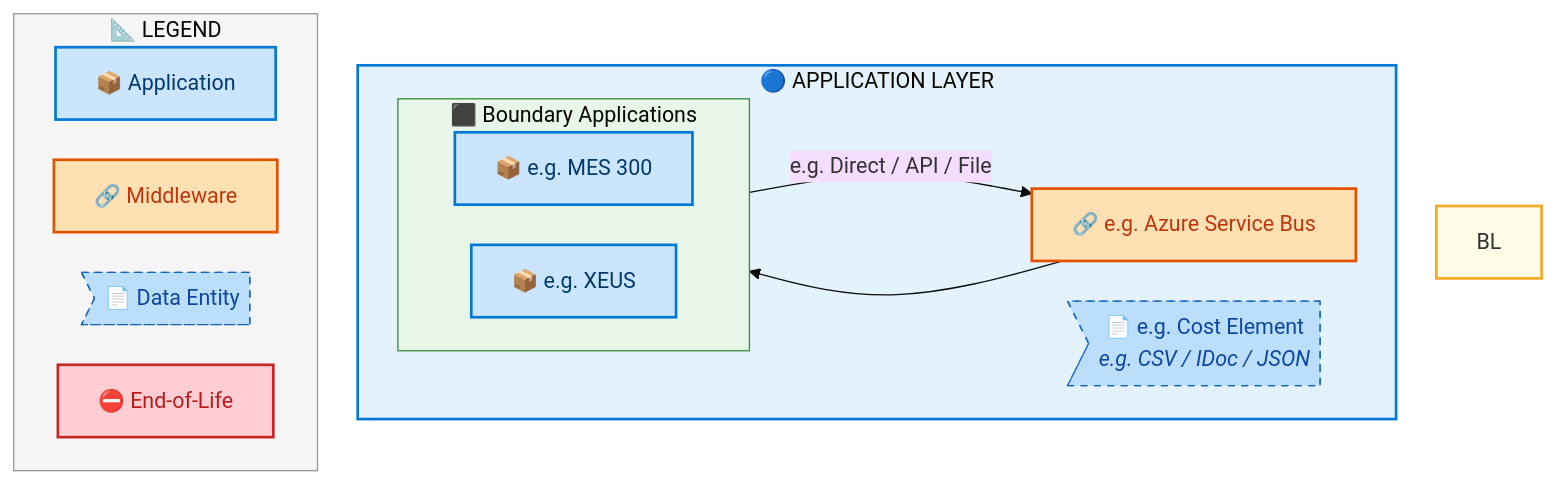
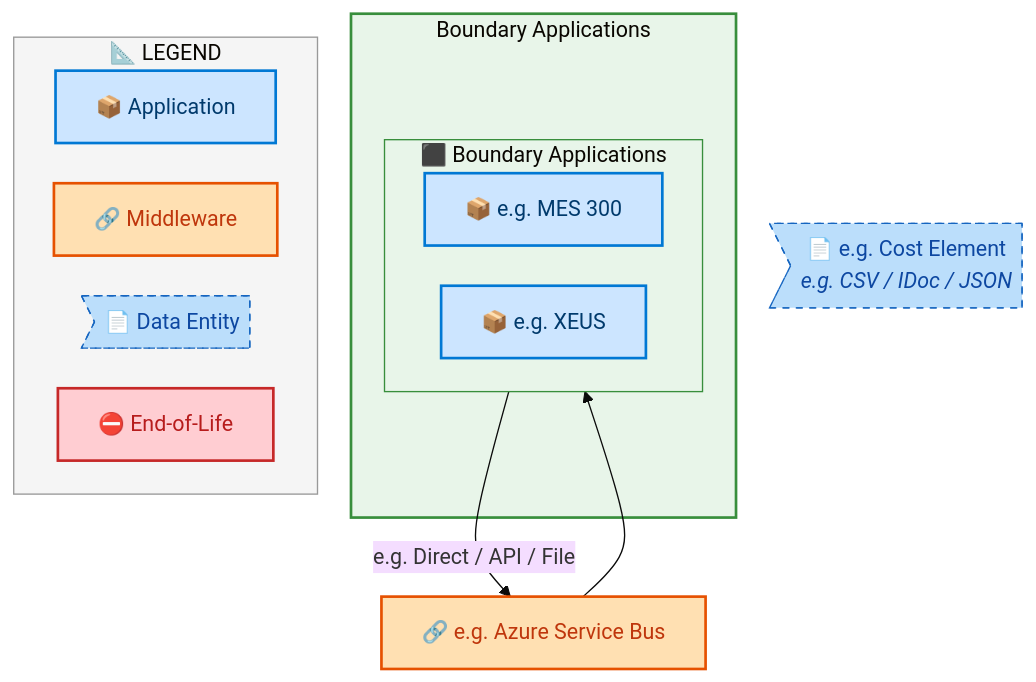
The sixth of 9 diagrams in towers/E2E/Order to Cash/Order_to_Cash_IF/output/docs/systems-architecture/Order_to_Cash_IF-Architecture.md (sajivfrancis777/IAO-Architecture), drawn with Mermaid before and after one commit. The commit also changed other lines of this file and 106 other files, not shown here.

First line of the commit message:
feat: tier-grouped swim lane layout for architecture diagrams

````diff
--- a/towers/E2E/Order to Cash/Order_to_Cash_IF/output/docs/systems-architecture/Order_to_Cash_IF-Architecture.md
+++ b/towers/E2E/Order to Cash/Order_to_Cash_IF/output/docs/systems-architecture/Order_to_Cash_IF-Architecture.md
@@ -1010,41 +1010,40 @@
 ```mermaid
 %%{init: {"theme": "base", "securityLevel": "loose", "themeVariables": {"fontSize": "16px", "fontFamily": "Segoe UI, Arial, sans-serif"}, "flowchart": {"useMaxWidth": false, "htmlLabels": true, "nodeSpacing": 30, "rankSpacing": 35}} }%%
 flowchart TB
     %% -- ArchiMate 3.2 + Azure style classes --
     classDef business      fill:#FFFFB3,stroke:#F9A825,stroke-width:2px,color:#000
     classDef app           fill:#CCE5FF,stroke:#0078D4,stroke-width:2px,color:#003A6C
     classDef data          fill:#BBDEFB,stroke:#1565C0,stroke-width:1px,color:#0D47A1,stroke-dasharray: 5 5
     classDef middleware    fill:#FFE0B2,stroke:#E65100,stroke-width:2px,color:#BF360C
     classDef eol           fill:#FFCDD2,stroke:#C62828,stroke-width:2px,color:#B71C1C
     classDef saas          fill:#E1BEE7,stroke:#7B1FA2,stroke-width:2px,color:#4A148C
     classDef cloud         fill:#BBDEFB,stroke:#1565C0,stroke-width:2px,color:#0D47A1
     classDef onprem        fill:#C8E6C9,stroke:#2E7D32,stroke-width:2px,color:#1B5E20
 
-    subgraph AL["🔵 APPLICATION LAYER"]
+    subgraph Order_to_Cash_IFCT_Boundary_Applications["Boundary Applications"]
         subgraph Order_to_Cash_IFCLN_Boundary_Applications[" ⬛ Boundary Applications"]
             direction LR
             Order_to_Cash_IFC_e_g_MES_300["📦 e.g. MES 300"]:::app
             Order_to_Cash_IFC_e_g_XEUS["📦 e.g. XEUS"]:::app
         end
-        Order_to_Cash_IFCMW_e_g_Azure_Service_Bus["🔗 e.g. Azure Service Bus"]:::middleware
-        Order_to_Cash_IFCDE_e_g_Cost_Element>"📄 e.g. Cost Element<br/><i>e.g. CSV / IDoc / JSON</i>"]:::data
     end
+
+    Order_to_Cash_IFCMW_e_g_Azure_Service_Bus["🔗 e.g. Azure Service Bus"]:::middleware
+    Order_to_Cash_IFCDE_e_g_Cost_Element>"📄 e.g. Cost Element<br/><i>e.g. CSV / IDoc / JSON</i>"]:::data
 
     Order_to_Cash_IFC_e_g_MES_300 -->|"e.g. Direct / API / File"| Order_to_Cash_IFCMW_e_g_Azure_Service_Bus
     Order_to_Cash_IFCMW_e_g_Azure_Service_Bus --> Order_to_Cash_IFC_e_g_XEUS
 
 
-    style BL fill:#FFFDE7,stroke:#F9A825,stroke-width:2px
-    style AL fill:#E3F2FD,stroke:#0078D4,stroke-width:2px
-
+    style Order_to_Cash_IFCT_Boundary_Applications fill:#E8F5E9,stroke:#388E3C,stroke-width:2px
     style Order_to_Cash_IFCLN_Boundary_Applications fill:#E8F5E9,stroke:#388E3C,stroke-width:1px
 
     subgraph Legend["📐 LEGEND"]
         direction LR
         L_APP["📦 Application"]:::app
         L_MW["🔗 Middleware"]:::middleware
         L_DE>"📄 Data Entity"]:::data
         L_EOL["⛔ End-of-Life"]:::eol
     end
     style Legend fill:#F5F5F5,stroke:#999,stroke-width:1px
 ```
````
